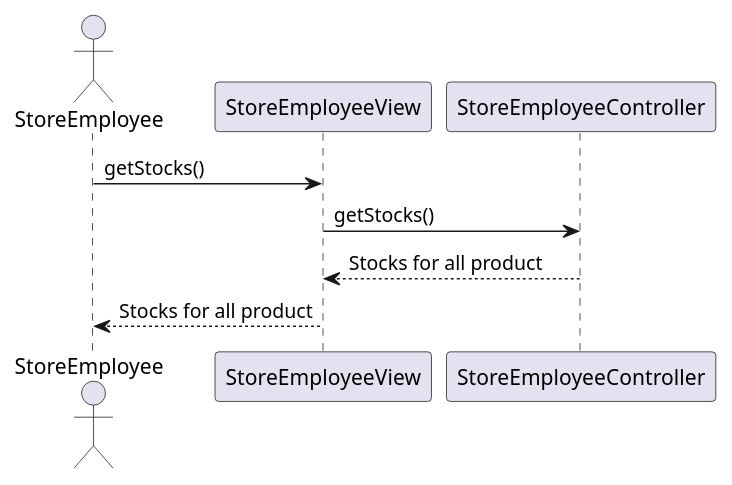
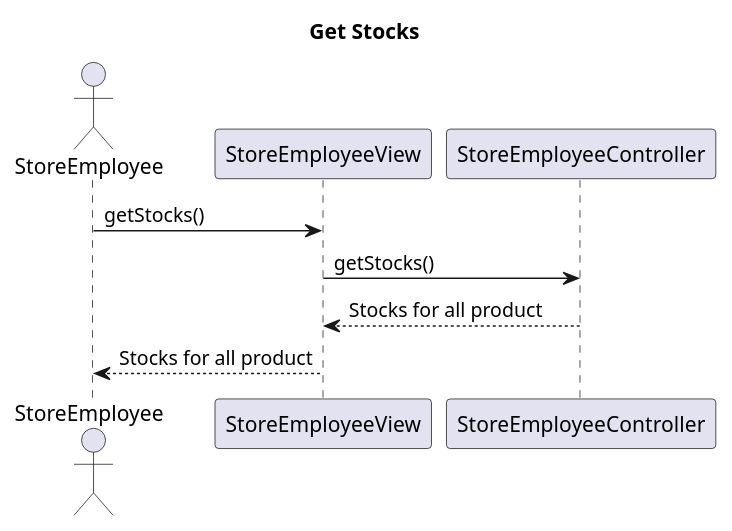
Before and after one commit to ThePhobosDeimosSuite/laboratoire-0_log430: the diagram in docs/UML/process/get-stocks.puml, drawn with PlantUML. The commit also changed 15 other files, not shown here.

```diff
--- a/docs/UML/process/get-stocks.puml
+++ b/docs/UML/process/get-stocks.puml
@@ -1,8 +1,9 @@
 @startuml get-stocks
+title Get Stocks
 actor StoreEmployee
 
 StoreEmployee -> StoreEmployeeView : getStocks()
 StoreEmployeeView -> StoreEmployeeController : getStocks()
 StoreEmployeeController --> StoreEmployeeView : Stocks for all product
 StoreEmployeeView --> StoreEmployee : Stocks for all product
 @enduml
```
